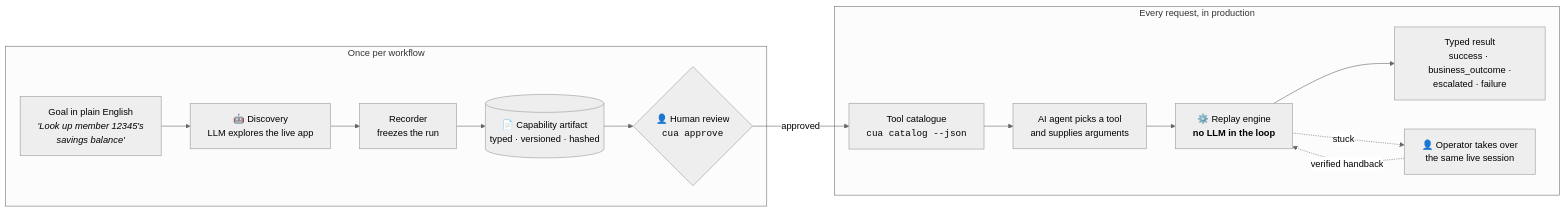
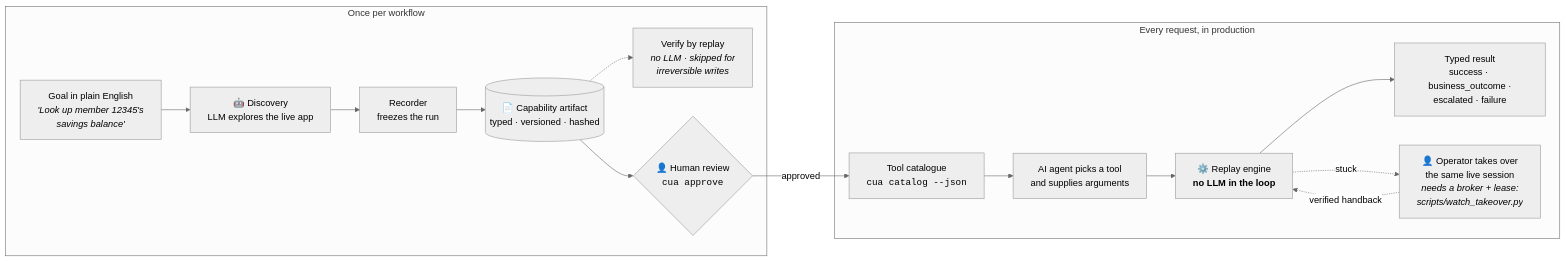
The first of 9 diagrams in README.md (omkarkorde27/automation-assessment), drawn with Mermaid (neutral theme) before and after one commit. The commit also changed other lines of this file, not shown here.

````diff
--- a/README.md
+++ b/README.md
@@ -63,18 +63,19 @@
 ```mermaid
 flowchart LR
     subgraph ONCE["Once per workflow"]
         G["Goal in plain English<br/><i>'Look up member 12345's<br/>savings balance'</i>"] --> D["🤖 Discovery<br/>LLM explores the live app"]
         D --> R["Recorder<br/>freezes the run"]
         R --> A[("📄 Capability artifact<br/>typed · versioned · hashed")]
+        A -.-> VR["Verify by replay<br/><i>no LLM · skipped for<br/>irreversible writes</i>"]
         A --> V{"👤 Human review<br/><code>cua approve</code>"}
     end
 
     subgraph PROD["Every request, in production"]
         V -->|approved| C["Tool catalogue<br/><code>cua catalog --json</code>"]
         C --> AG["AI agent picks a tool<br/>and supplies arguments"]
         AG --> E["⚙️ Replay engine<br/><b>no LLM in the loop</b>"]
         E --> RES["Typed result<br/>success · business_outcome ·<br/>escalated · failure"]
-        E -.stuck.-> H["👤 Operator takes over<br/>the same live session"]
+        E -.stuck.-> H["👤 Operator takes over<br/>the same live session<br/><i>needs a broker + lease:<br/>scripts/watch_takeover.py</i>"]
         H -.verified handback.-> E
     end
 ```
````
